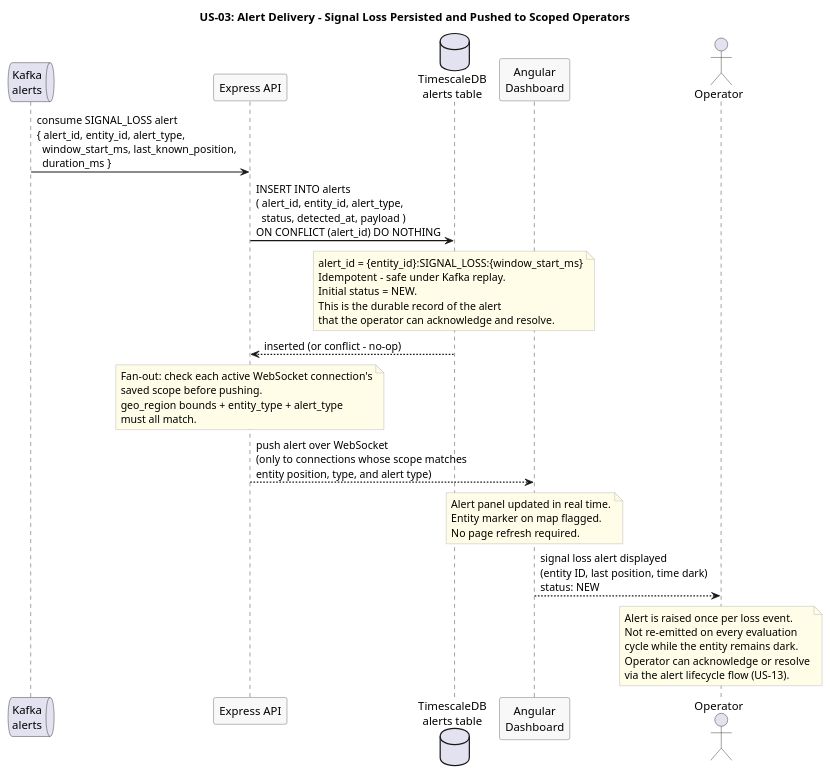
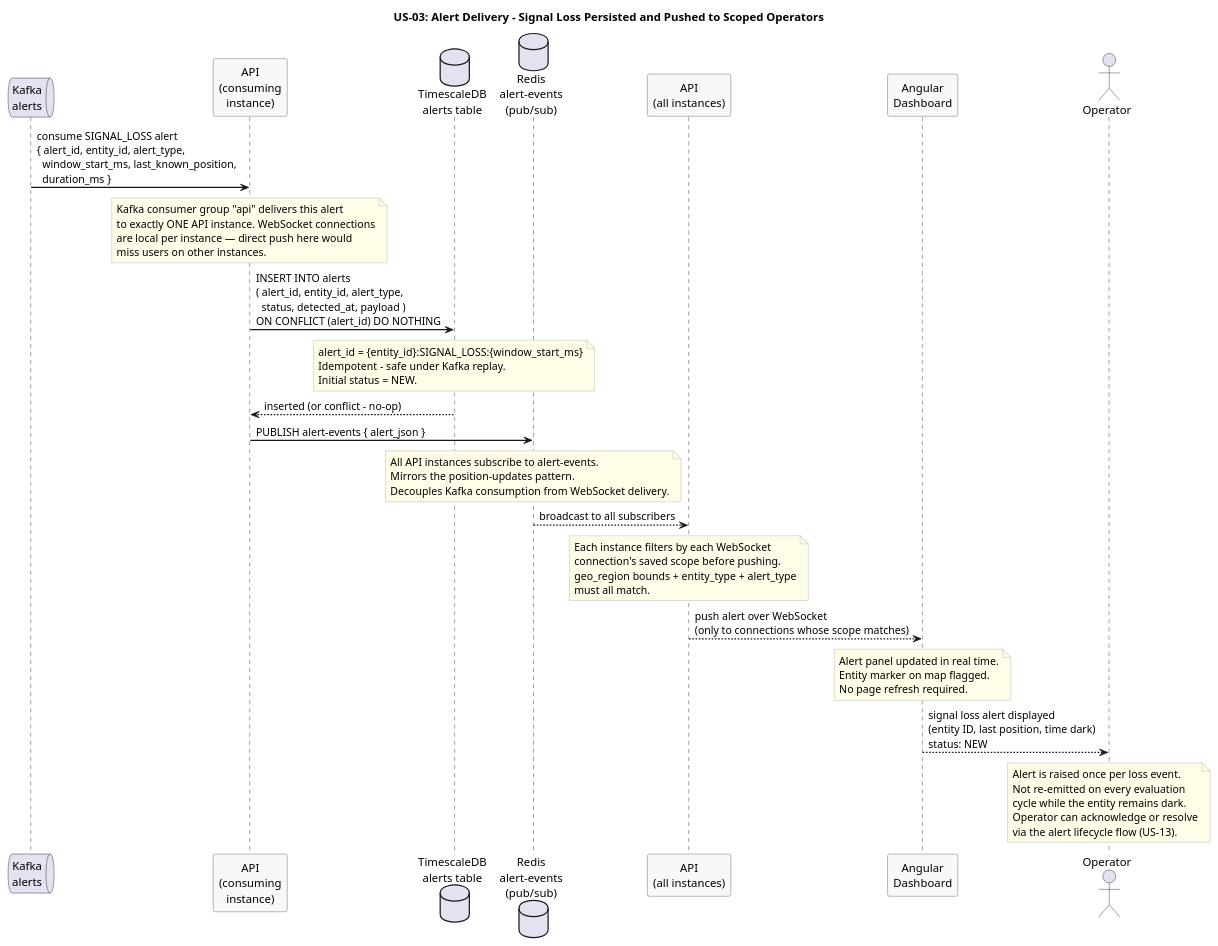
One commit to Buffden/sentinel changed the diagram in docs/use-cases/US-03-signal-loss-alert/alert-delivery.puml. Above: the diagram before and after it, drawn with PlantUML. The commit also changed 6 other files, not shown here.

Commit message:
fix dual-write consistency and alert fan-out gaps

```diff
--- a/docs/use-cases/US-03-signal-loss-alert/alert-delivery.puml
+++ b/docs/use-cases/US-03-signal-loss-alert/alert-delivery.puml
@@ -1,55 +1,72 @@
 @startuml alert-delivery
 title US-03: Alert Delivery - Signal Loss Persisted and Pushed to Scoped Operators
 
 skinparam sequenceArrowThickness 1.5
 skinparam participantBorderColor #555555
 skinparam participantBackgroundColor #F8F8F8
 skinparam noteBorderColor #AAAAAA
 skinparam noteBackgroundColor #FFFDE7
 
 queue "Kafka\nalerts" as Kafka
-participant "Express API" as API
+participant "API\n(consuming\ninstance)" as APIConsumer
 database "TimescaleDB\nalerts table" as TSDB
+database "Redis\nalert-events\n(pub/sub)" as RedisPubSub
+participant "API\n(all instances)" as APIAll
 participant "Angular\nDashboard" as Dashboard
 actor Operator
 
-Kafka -> API : consume SIGNAL_LOSS alert\n{ alert_id, entity_id, alert_type,\n  window_start_ms, last_known_position,\n  duration_ms }
+Kafka -> APIConsumer : consume SIGNAL_LOSS alert\n{ alert_id, entity_id, alert_type,\n  window_start_ms, last_known_position,\n  duration_ms }
 
-API -> TSDB : INSERT INTO alerts\n( alert_id, entity_id, alert_type,\n  status, detected_at, payload )\nON CONFLICT (alert_id) DO NOTHING
+note over APIConsumer
+  Kafka consumer group "api" delivers this alert
+  to exactly ONE API instance. WebSocket connections
+  are local per instance — direct push here would
+  miss users on other instances.
+end note
+
+APIConsumer -> TSDB : INSERT INTO alerts\n( alert_id, entity_id, alert_type,\n  status, detected_at, payload )\nON CONFLICT (alert_id) DO NOTHING
 
 note over TSDB
   alert_id = {entity_id}:SIGNAL_LOSS:{window_start_ms}
   Idempotent - safe under Kafka replay.
   Initial status = NEW.
-  This is the durable record of the alert
-  that the operator can acknowledge and resolve.
 end note
 
-TSDB --> API : inserted (or conflict - no-op)
+TSDB --> APIConsumer : inserted (or conflict - no-op)
 
-note over API
-  Fan-out: check each active WebSocket connection's
-  saved scope before pushing.
+APIConsumer -> RedisPubSub : PUBLISH alert-events { alert_json }
+
+note over RedisPubSub
+  All API instances subscribe to alert-events.
+  Mirrors the position-updates pattern.
+  Decouples Kafka consumption from WebSocket delivery.
+end note
+
+RedisPubSub --> APIAll : broadcast to all subscribers
+
+note over APIAll
+  Each instance filters by each WebSocket
+  connection's saved scope before pushing.
   geo_region bounds + entity_type + alert_type
   must all match.
 end note
 
-API --> Dashboard : push alert over WebSocket\n(only to connections whose scope matches\nentity position, type, and alert type)
+APIAll --> Dashboard : push alert over WebSocket\n(only to connections whose scope matches)
 
 note over Dashboard
   Alert panel updated in real time.
   Entity marker on map flagged.
   No page refresh required.
 end note
 
 Dashboard --> Operator : signal loss alert displayed\n(entity ID, last position, time dark)\nstatus: NEW
 
 note over Operator
   Alert is raised once per loss event.
   Not re-emitted on every evaluation
   cycle while the entity remains dark.
   Operator can acknowledge or resolve
   via the alert lifecycle flow (US-13).
 end note
 
 @enduml
```
